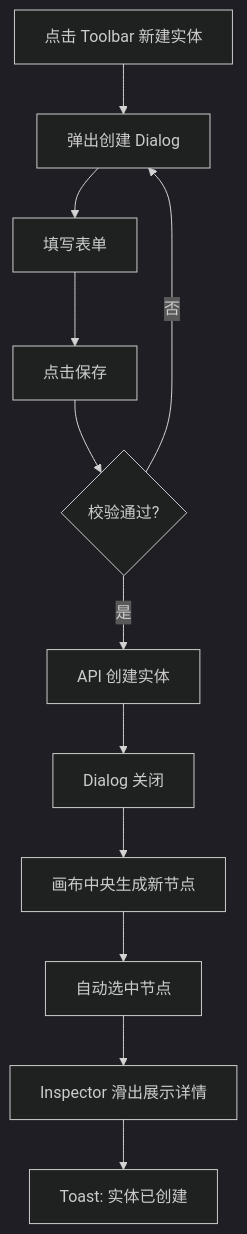
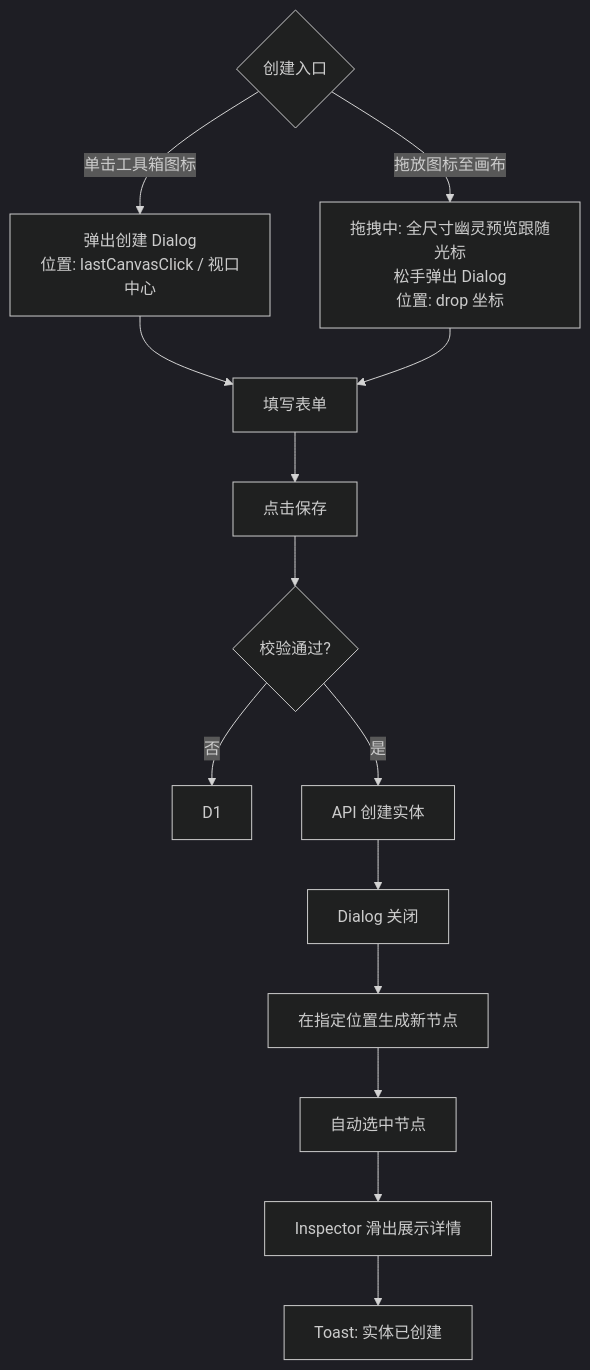
Before and after one commit to kai-cui1/ai-prototype-manager: the first of 7 diagrams in docs/03-prd-ux/modules/domain-model/domain-model-interaction.md, drawn with Mermaid (dark theme). The commit also changed other lines of this file and 252 other files, not shown here.

````diff
--- a/docs/03-prd-ux/modules/domain-model/domain-model-interaction.md
+++ b/docs/03-prd-ux/modules/domain-model/domain-model-interaction.md
@@ -1246,14 +1398,17 @@
 ```mermaid
 flowchart TD
-    U1[点击 Toolbar 新建实体] --> D1[弹出创建 Dialog]
-    D1 --> U2[填写表单]
+    E1{创建入口}
+    E1 --> |单击工具箱图标| U1[弹出创建 Dialog\n位置: lastCanvasClick / 视口中心]
+    E1 --> |拖放图标至画布| U1D[拖拽中: 全尺寸幽灵预览跟随光标\n松手弹出 Dialog\n位置: drop 坐标]
+    U1 --> U2[填写表单]
+    U1D --> U2
     U2 --> U3[点击保存]
     U3 --> S1{校验通过?}
     S1 --> |否| D1
     S1 --> |是| S2[API 创建实体]
     S2 --> S3[Dialog 关闭]
-    S3 --> S4[画布中央生成新节点]
+    S3 --> S4[在指定位置生成新节点]
     S4 --> S5[自动选中节点]
     S5 --> S6[Inspector 滑出展示详情]
     S6 --> U4[Toast: 实体已创建]
 ```
````
